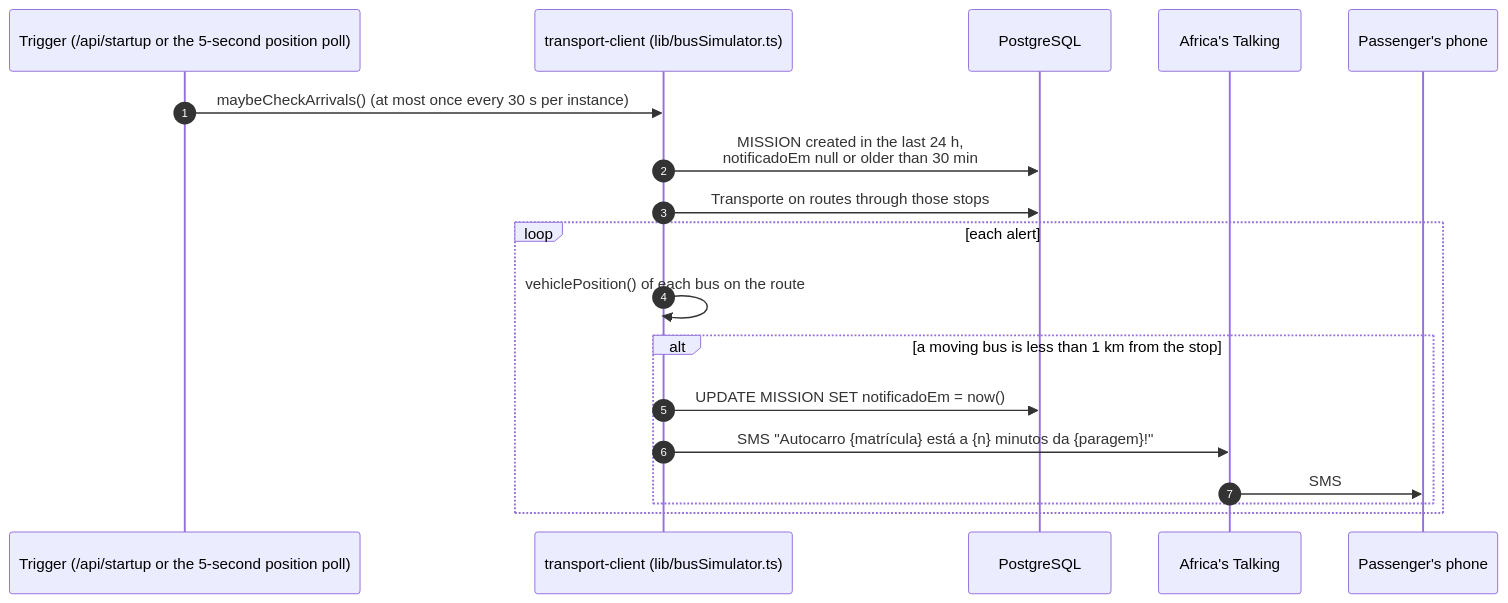
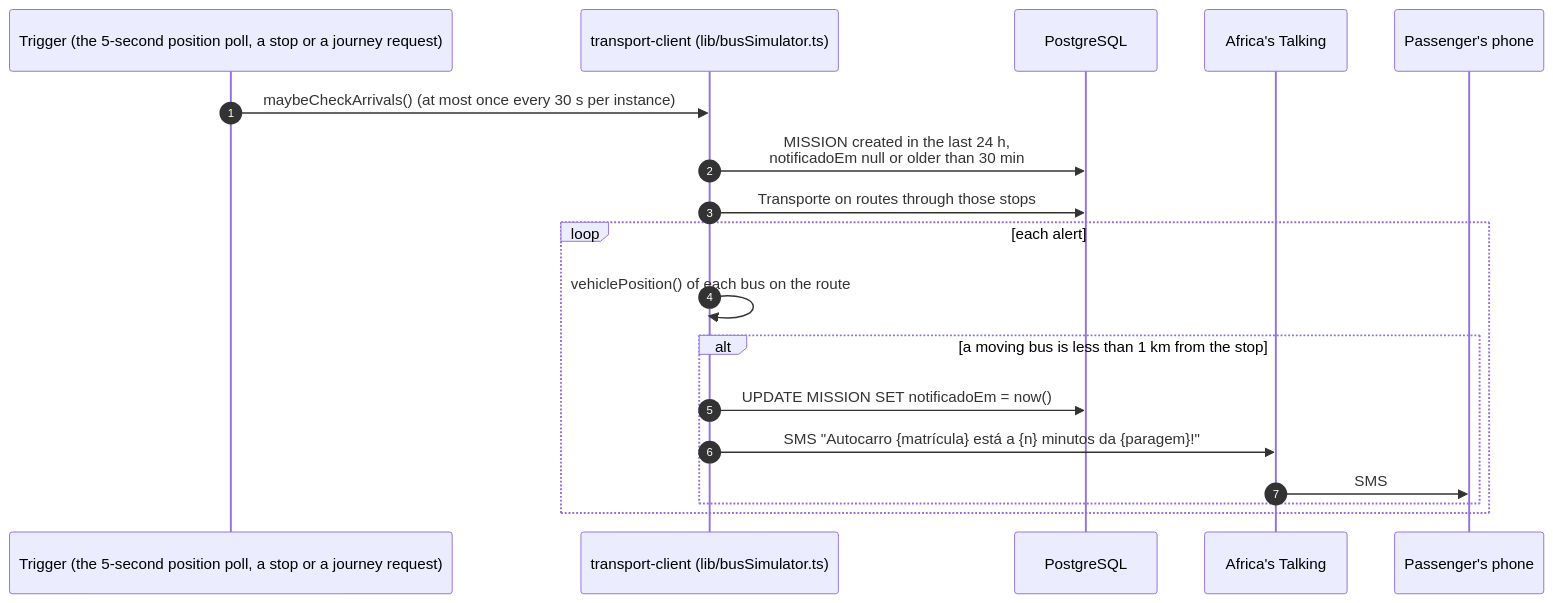
Before and after one commit to transportmozambique/Transport-Mozambique: the fourth of 8 diagrams in docs/data-flow.md, drawn with Mermaid. The commit also changed other lines of this file and 18 other files, not shown here.

````diff
--- a/docs/data-flow.md
+++ b/docs/data-flow.md
@@ -94,20 +106,20 @@
 ```mermaid
 sequenceDiagram
   autonumber
-  participant T as Trigger (/api/startup or the 5-second position poll)
+  participant T as Trigger (the 5-second position poll, a stop or a journey request)
   participant C as transport-client (lib/busSimulator.ts)
   participant DB as PostgreSQL
   participant AT as Africa's Talking
   participant P as Passenger's phone
   T->>C: maybeCheckArrivals() (at most once every 30 s per instance)
   C->>DB: MISSION created in the last 24 h,<br/>notificadoEm null or older than 30 min
   C->>DB: Transporte on routes through those stops
   loop each alert
     C->>C: vehiclePosition() of each bus on the route
     alt a moving bus is less than 1 km from the stop
       C->>DB: UPDATE MISSION SET notificadoEm = now()
       C->>AT: SMS "Autocarro {matrícula} está a {n} minutos da {paragem}!"
       AT->>P: SMS
     end
   end
 ```
````
